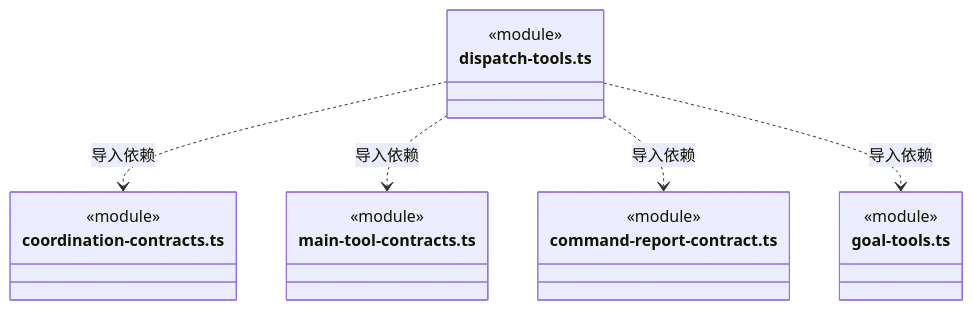
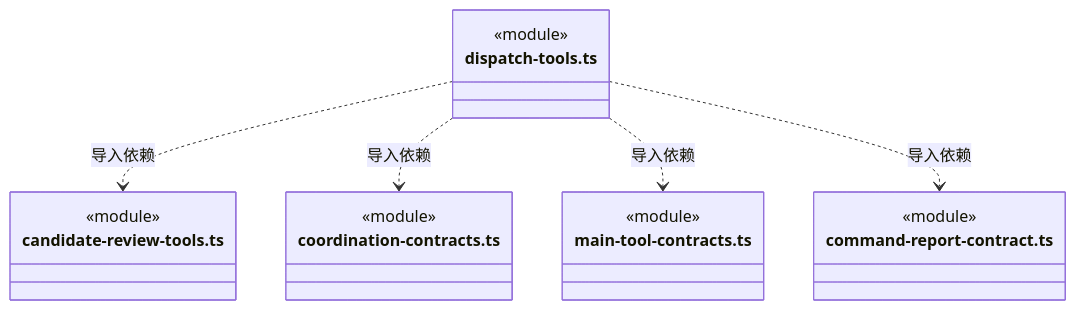
Before and after one commit to nan023062/cbim: diagram 20 of 22 in src/backend/scheduler-engine/tools/ARCHITECTURE.md, drawn with Mermaid. The commit also changed other lines of this file and 41 other files, not shown here.

Commit message:
fix: gate dependent tasks on main agent candidate review

````diff
--- a/src/backend/scheduler-engine/tools/ARCHITECTURE.md
+++ b/src/backend/scheduler-engine/tools/ARCHITECTURE.md
@@ -423,22 +445,22 @@
 ```mermaid
 classDiagram
 class N_src_backend_scheduler_engine_tools_dispatch_tools_ts["dispatch-tools.ts"] {
+  <<module>>
+}
+class N_src_backend_scheduler_engine_tools_candidate_review_tools_ts["candidate-review-tools.ts"] {
   <<module>>
 }
 class N_src_backend_scheduler_engine_tools_coordination_contracts_ts["coordination-contracts.ts"] {
   <<module>>
 }
 class N_src_backend_scheduler_engine_tools_main_tool_contracts_ts["main-tool-contracts.ts"] {
   <<module>>
 }
 class N_src_backend_scheduler_engine_tools_command_report_contract_ts["command-report-contract.ts"] {
   <<module>>
 }
-class N_src_backend_scheduler_engine_tools_goal_tools_ts["goal-tools.ts"] {
-  <<module>>
-}
+N_src_backend_scheduler_engine_tools_dispatch_tools_ts ..> N_src_backend_scheduler_engine_tools_candidate_review_tools_ts : 导入依赖
 N_src_backend_scheduler_engine_tools_dispatch_tools_ts ..> N_src_backend_scheduler_engine_tools_coordination_contracts_ts : 导入依赖
 N_src_backend_scheduler_engine_tools_dispatch_tools_ts ..> N_src_backend_scheduler_engine_tools_main_tool_contracts_ts : 导入依赖
 N_src_backend_scheduler_engine_tools_dispatch_tools_ts ..> N_src_backend_scheduler_engine_tools_command_report_contract_ts : 导入依赖
-N_src_backend_scheduler_engine_tools_dispatch_tools_ts ..> N_src_backend_scheduler_engine_tools_goal_tools_ts : 导入依赖
 ```
````
